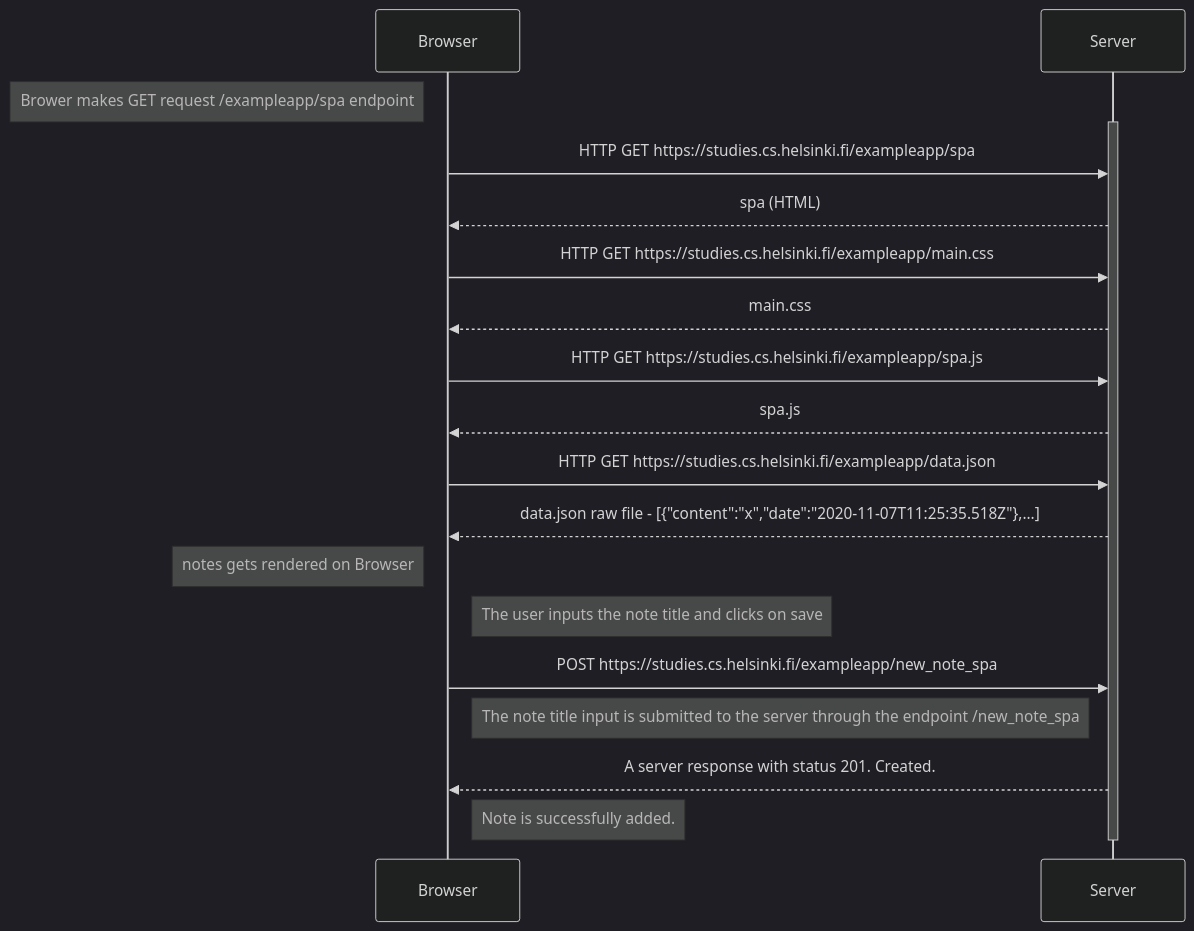
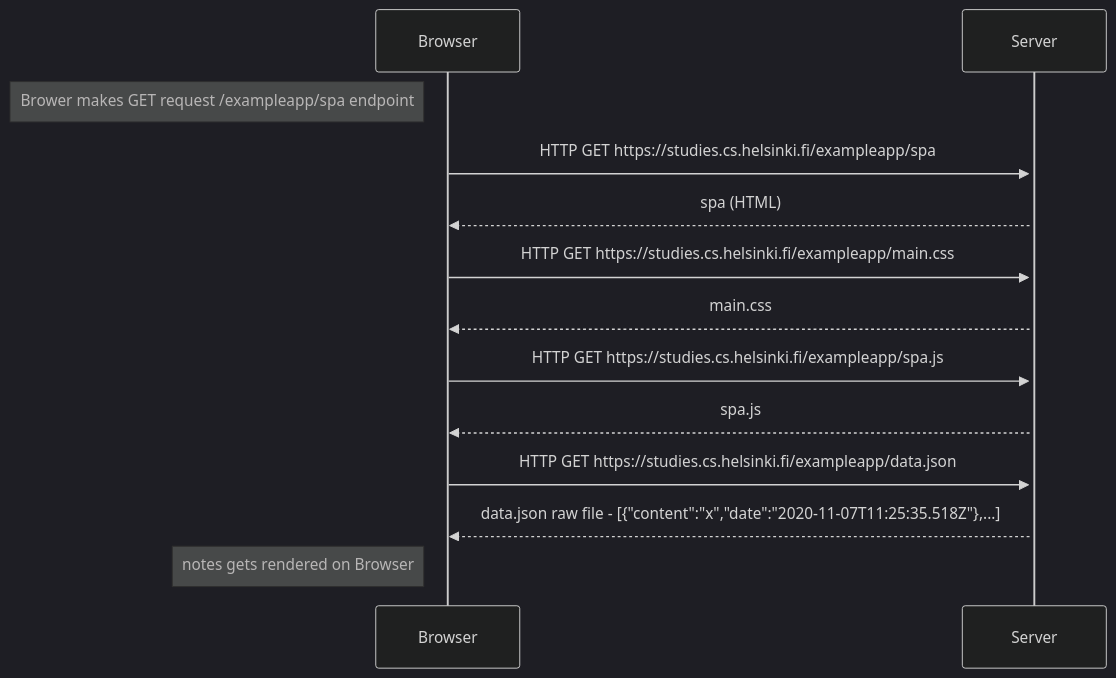
Before and after one commit to Ifcodes/Full-Stack-Open-Ex: the diagram in part_0/exercise-05.md, drawn with Mermaid (dark theme). The commit also changed 1 other file, not shown here.

Commit message:
exercise 04

````diff
--- a/part_0/exercise-05.md
+++ b/part_0/exercise-05.md
@@ -1,30 +1,21 @@
 ```mermaid
 sequenceDiagram
 participant Browser
 participant Server
 
 Note left of Browser: Brower makes GET request /exampleapp/spa endpoint
 activate Server
 Browser->>Server: HTTP GET https://studies.cs.helsinki.fi/exampleapp/spa
 Server-->>Browser: spa (HTML)
 
 Browser->>Server: HTTP GET https://studies.cs.helsinki.fi/exampleapp/main.css
 Server-->>Browser: main.css
 
 Browser->>Server: HTTP GET https://studies.cs.helsinki.fi/exampleapp/spa.js
 Server-->>Browser: spa.js
 
 Browser->>Server: HTTP GET https://studies.cs.helsinki.fi/exampleapp/data.json
 Server-->>Browser: data.json raw file - [{"content":"x","date":"2020-11-07T11:25:35.518Z"},...]
 
 Note left of Browser: notes gets rendered on Browser
-
-Note right of Browser: The user inputs the note title and clicks on save
-
-Browser->>Server: POST https://studies.cs.helsinki.fi/exampleapp/new_note_spa
-Note right of Browser: The note title input is submitted to the server through the endpoint /new_note_spa
-Server-->>Browser: A server response with status 201. Created.
-
-Note right of Browser: Note is successfully added.
-deactivate Server
 ```
````
